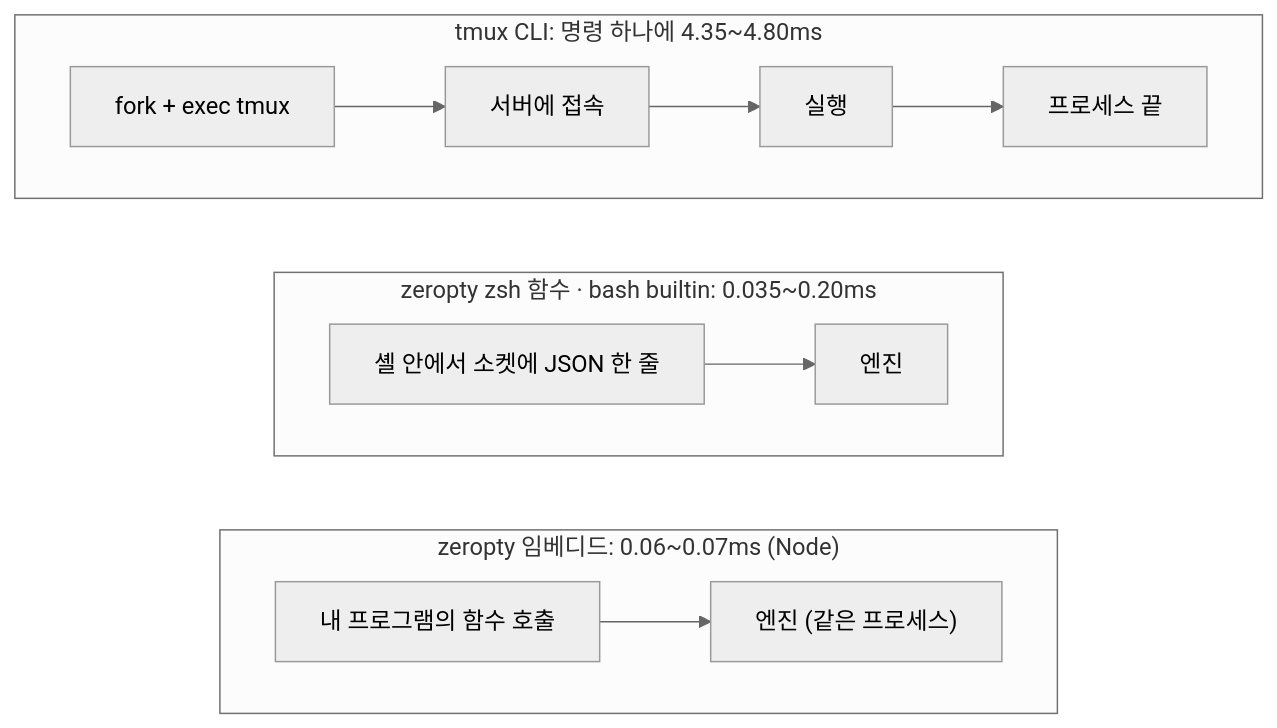
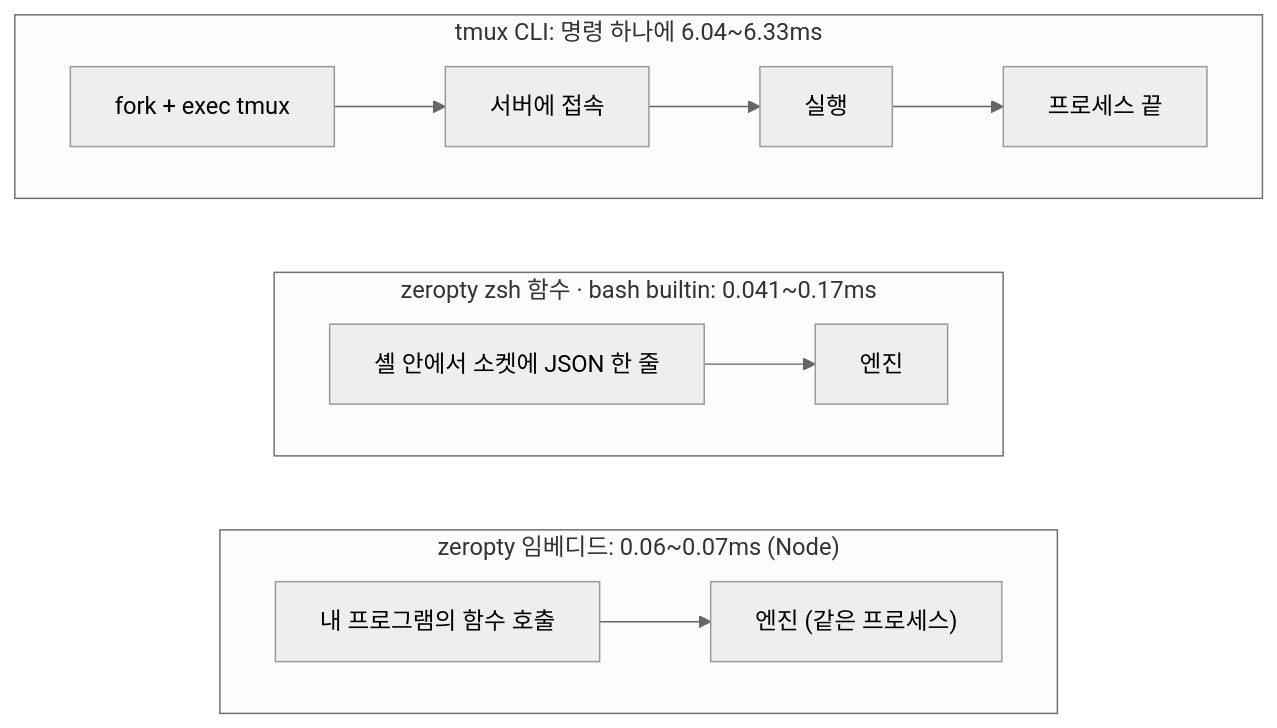
Before and after one commit to CreatiCoding/zeropty: the fifth of 5 diagrams in docs/ko/DESIGN.md, drawn with Mermaid (neutral theme). The commit also changed other lines of this file and 7 other files, not shown here.

````diff
--- a/docs/ko/DESIGN.md
+++ b/docs/ko/DESIGN.md
@@ -162,16 +162,16 @@
 ```mermaid
 flowchart TB
-  subgraph tmux["tmux CLI: 명령 하나에 4.35~4.80ms"]
+  subgraph tmux["tmux CLI: 명령 하나에 6.04~6.33ms"]
     direction LR
     t1["fork + exec tmux"] --> t2["서버에 접속"] --> t3["실행"] --> t4["프로세스 끝"]
   end
-  subgraph zsh["zeropty zsh 함수 · bash builtin: 0.035~0.20ms"]
+  subgraph zsh["zeropty zsh 함수 · bash builtin: 0.041~0.17ms"]
     direction LR
     z1["셸 안에서 소켓에 JSON 한 줄"] --> z2["엔진"]
   end
   subgraph emb["zeropty 임베디드: 0.06~0.07ms (Node)"]
     direction LR
     e1["내 프로그램의 함수 호출"] --> e2["엔진 (같은 프로세스)"]
   end
   tmux ~~~ zsh ~~~ emb
 ```
````
